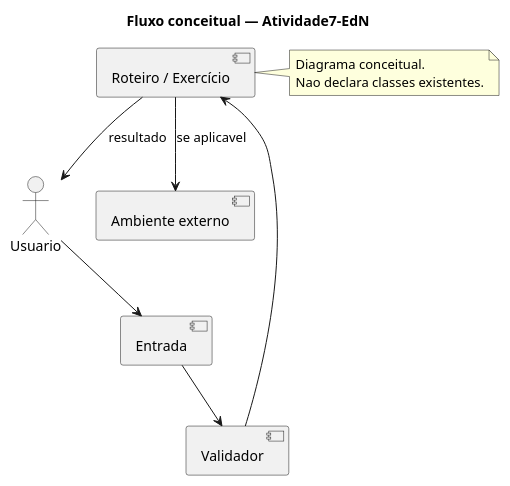
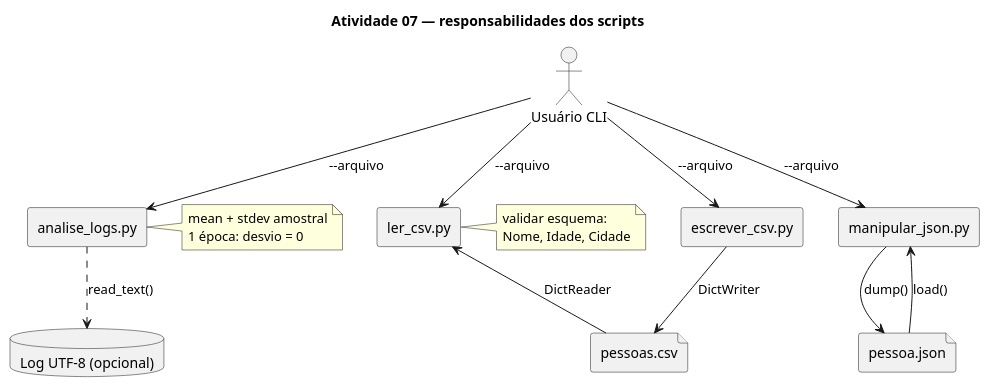
The diagram in docs/UML.puml (DanieldeAlmeida2024/Atividade7-EdN), drawn with PlantUML before and after one commit. The commit also changed 10 other files, not shown here.

First line of the commit message:
fix(atividade7): arquivos CSV/JSON e análise de logs portáteis com testes (#3)

```diff
--- a/docs/UML.puml
+++ b/docs/UML.puml
@@ -1,17 +1,29 @@
 @startuml
-title Fluxo conceitual — Atividade7-EdN
-actor Usuario
-component "Entrada" as Entrada
-component "Validador" as Validador
-component "Roteiro / Exercício" as Roteiro
-component "Ambiente externo" as Externo
-Usuario --> Entrada
-Entrada --> Validador
-Validador --> Roteiro
-Roteiro --> Externo : se aplicavel
-Roteiro --> Usuario : resultado
-note right of Roteiro
-Diagrama conceitual.
-Nao declara classes existentes.
+title Atividade 07 — responsabilidades dos scripts
+skinparam componentStyle rectangle
+actor "Usuário CLI" as user
+component "analise_logs.py" as logs
+component "escrever_csv.py" as writer
+component "ler_csv.py" as reader
+component "manipular_json.py" as json
+database "Log UTF-8 (opcional)" as log
+file "pessoas.csv" as csv
+file "pessoa.json" as datajson
+user --> logs : --arquivo
+user --> writer : --arquivo
+user --> reader : --arquivo
+user --> json : --arquivo
+logs ..> log : read_text()
+writer --> csv : DictWriter
+reader <-- csv : DictReader
+json --> datajson : dump()
+json <-- datajson : load()
+note right of logs
+  mean + stdev amostral
+  1 época: desvio = 0
+end note
+note right of reader
+  validar esquema:
+  Nome, Idade, Cidade
 end note
 @enduml
```
